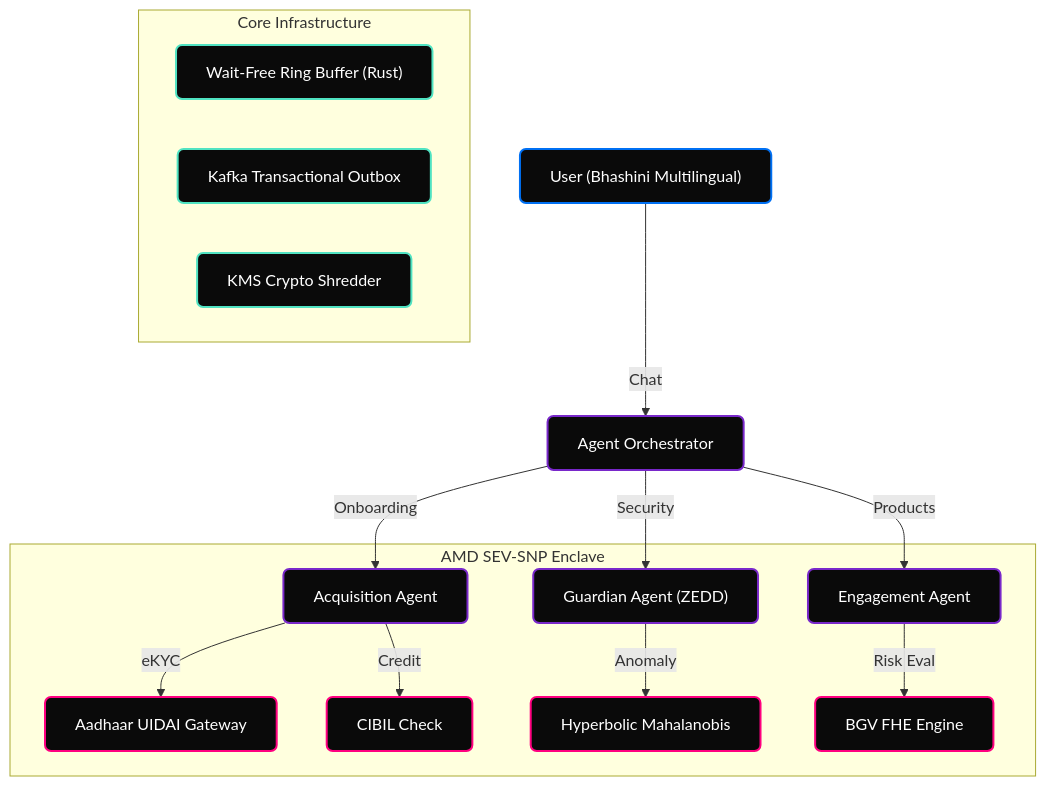
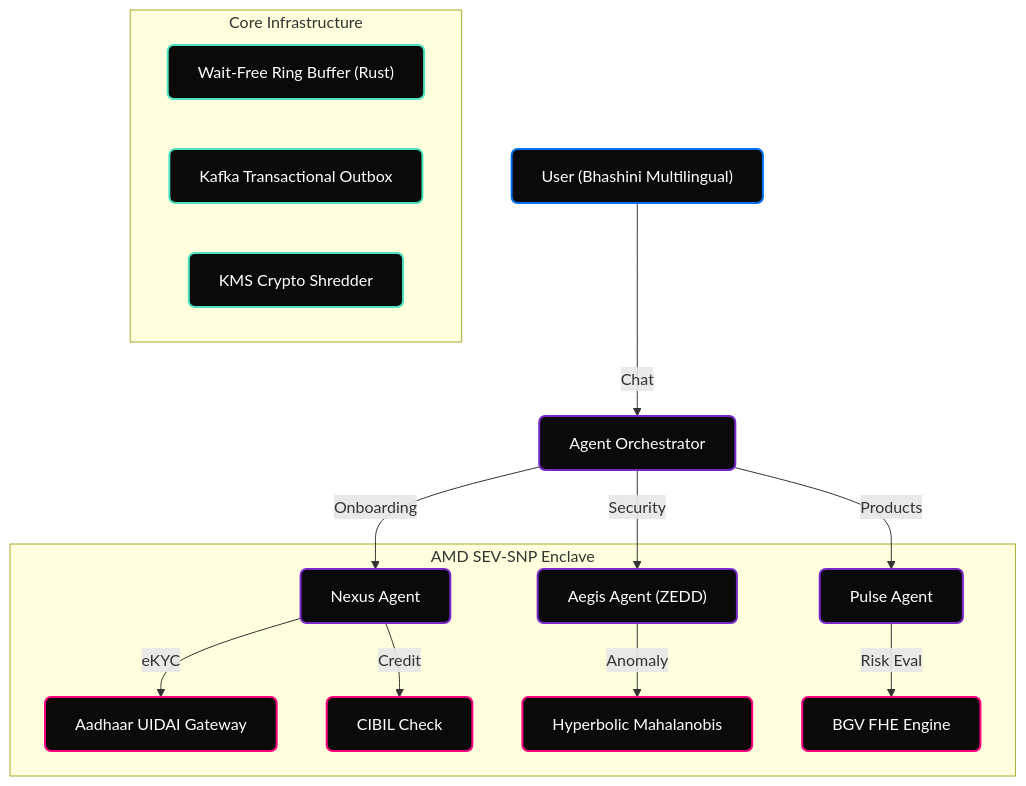
One commit to shashankrpatil077-ctrl/samyojana-sovereign-kernel changed the diagram in README.md. Above: the diagram before and after it, drawn with Mermaid. The commit also changed other lines of this file and 6 other files, not shown here.

Commit message:
feat: rebrand agents to Theme 1 (Nexus, Pulse, Aegis)

````diff
--- a/README.md
+++ b/README.md
@@ -48,25 +48,25 @@
 ```mermaid
 graph TB
     classDef client fill:#0A0A0A,stroke:#0070F3,stroke-width:2px,color:#FFFFFF,rx:6,ry:6
     classDef agent fill:#0A0A0A,stroke:#7928CA,stroke-width:2px,color:#FFFFFF,rx:6,ry:6
     classDef crypto fill:#0A0A0A,stroke:#FF0080,stroke-width:2px,color:#FFFFFF,rx:6,ry:6
     classDef infra fill:#0A0A0A,stroke:#50E3C2,stroke-width:2px,color:#FFFFFF,rx:6,ry:6
 
     A["User (Bhashini Multilingual)"]:::client -->|Chat| B["Agent Orchestrator"]:::agent
-    B -->|Onboarding| C["Acquisition Agent"]:::agent
-    B -->|Products| D["Engagement Agent"]:::agent
-    B -->|Security| E["Guardian Agent (ZEDD)"]:::agent
+    B -->|Onboarding| C["Nexus Agent"]:::agent
+    B -->|Products| D["Pulse Agent"]:::agent
+    B -->|Security| E["Aegis Agent (ZEDD)"]:::agent
 
     subgraph Secure["AMD SEV-SNP Enclave"]
         C -->|eKYC| F["Aadhaar UIDAI Gateway"]:::crypto
         C -->|Credit| G["CIBIL Check"]:::crypto
         E -->|Anomaly| H["Hyperbolic Mahalanobis"]:::crypto
         D -->|Risk Eval| I["BGV FHE Engine"]:::crypto
     end
 
     subgraph Infra["Core Infrastructure"]
         J["Wait-Free Ring Buffer (Rust)"]:::infra
         K["Kafka Transactional Outbox"]:::infra
         L["KMS Crypto Shredder"]:::infra
     end
 ```
````
